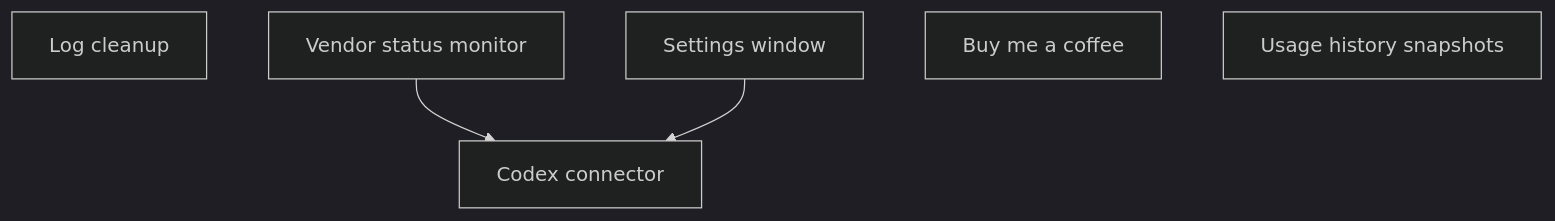
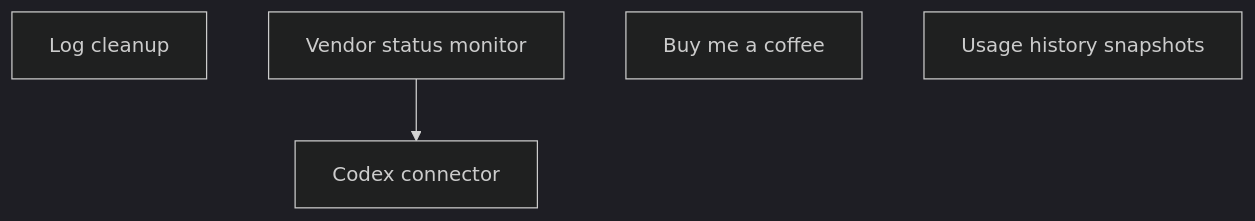
One commit to fcamblor/mac-ai-trackers changed the diagram in roadmap/index.md. Above: the diagram before and after it, drawn with Mermaid (dark theme). The commit also changed other lines of this file and 2 other files, not shown here.

First line of the commit message:
chore(roadmap): remove completed settings-window epic

````diff
--- a/roadmap/index.md
+++ b/roadmap/index.md
@@ -11,11 +11,9 @@
 ```mermaid
 graph TD
     log-cleanup["Log cleanup"]
     vendor-status-monitor["Vendor status monitor"]
-    settings-window["Settings window"]
     buy-me-a-coffee["Buy me a coffee"]
     codex-connector["Codex connector"]
     vendor-status-monitor --> codex-connector
-    settings-window --> codex-connector
     usage-history-snapshots["Usage history snapshots"]
 ```
````
